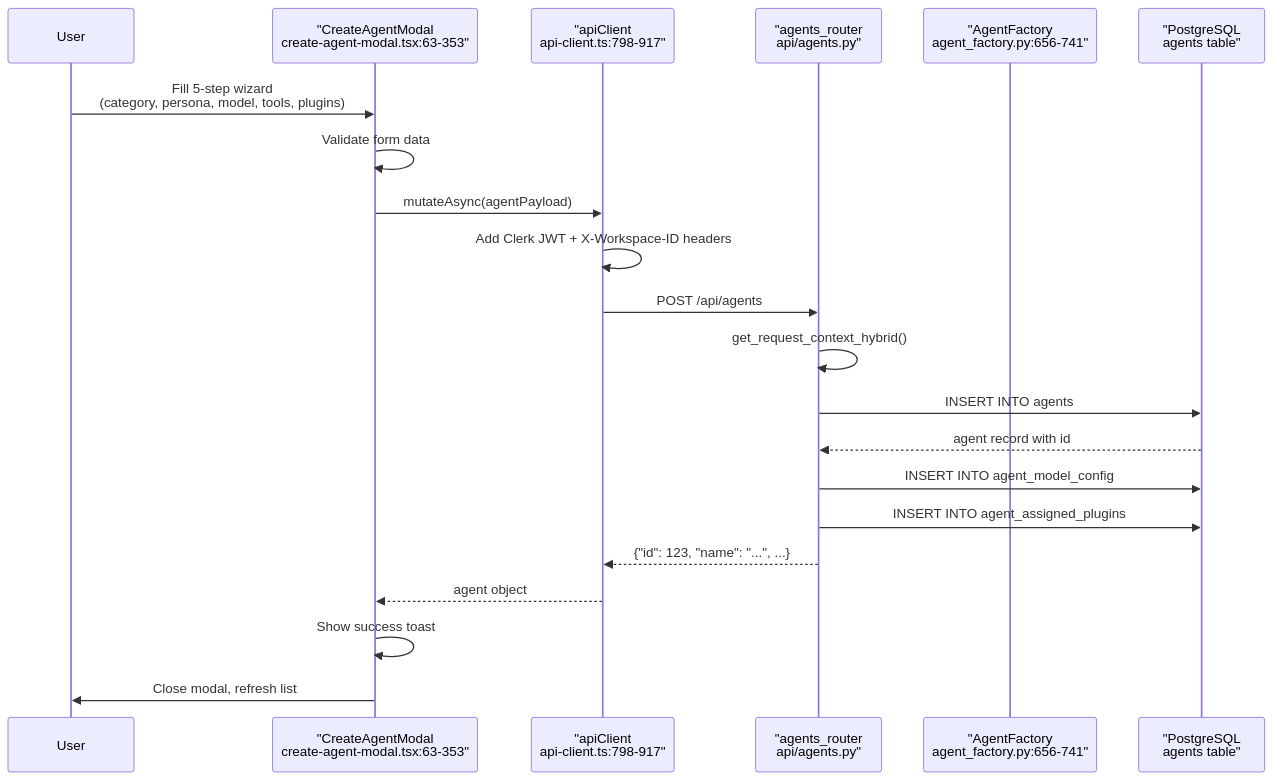
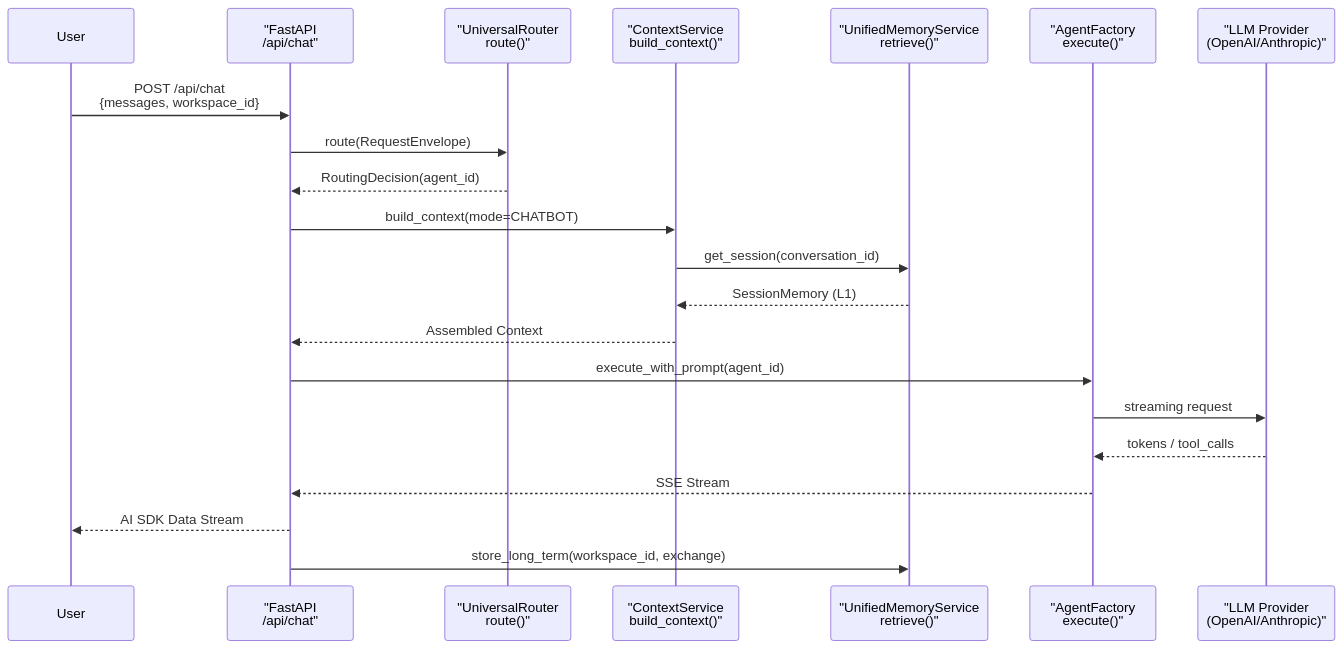
Before and after one commit to AutomatosAI/automatos-ai: the second of 3 diagrams in docs/overview/_index.md, drawn with Mermaid. The commit also changed other lines of this file and 149 other files, not shown here.

Commit message:
docs: refresh documentation with graphify semantic scan

````diff
--- a/docs/overview/_index.md
+++ b/docs/overview/_index.md
@@ -188,24 +132,28 @@
 ```mermaid
 sequenceDiagram
     participant User
-    participant CreateAgentModal as "CreateAgentModal<br/>create-agent-modal.tsx:63-353"
-    participant apiClient as "apiClient<br/>api-client.ts:798-917"
-    participant agents_router as "agents_router<br/>api/agents.py"
-    participant AgentFactory as "AgentFactory<br/>agent_factory.py:656-741"
-    participant DB as "PostgreSQL<br/>agents table"
+    participant API as "FastAPI<br/>/api/chat"
+    participant Router as "UniversalRouter<br/>route()"
+    participant Context as "ContextService<br/>build_context()"
+    participant Memory as "UnifiedMemoryService<br/>retrieve()"
+    participant Factory as "AgentFactory<br/>execute()"
+    participant LLM as "LLM Provider<br/>(OpenAI/Anthropic)"
     
-    User->>CreateAgentModal: Fill 5-step wizard<br/>(category, persona, model, tools, plugins)
-    CreateAgentModal->>CreateAgentModal: Validate form data
-    CreateAgentModal->>apiClient: mutateAsync(agentPayload)
-    apiClient->>apiClient: Add Clerk JWT + X-Workspace-ID headers
-    apiClient->>agents_router: POST /api/agents
-    agents_router->>agents_router: get_request_context_hybrid()
-    agents_router->>DB: INSERT INTO agents
-    DB-->>agents_router: agent record with id
-    agents_router->>DB: INSERT INTO agent_model_config
-    agents_router->>DB: INSERT INTO agent_assigned_plugins
-    agents_router-->>apiClient: {"id": 123, "name": "...", ...}
-    apiClient-->>CreateAgentModal: agent object
-    CreateAgentModal->>CreateAgentModal: Show success toast
-    CreateAgentModal->>User: Close modal, refresh list
+    User->>API: POST /api/chat<br/>{messages, workspace_id}
+    
+    API->>Router: route(RequestEnvelope)
+    Router-->>API: RoutingDecision(agent_id)
+    
+    API->>Context: build_context(mode=CHATBOT)
+    Context->>Memory: get_session(conversation_id)
+    Memory-->>Context: SessionMemory (L1)
+    Context-->>API: Assembled Context
+    
+    API->>Factory: execute_with_prompt(agent_id)
+    Factory->>LLM: streaming request
+    LLM-->>Factory: tokens / tool_calls
+    Factory-->>API: SSE Stream
+    API-->>User: AI SDK Data Stream
+    
+    API->>Memory: store_long_term(workspace_id, exchange)
 ```
````
